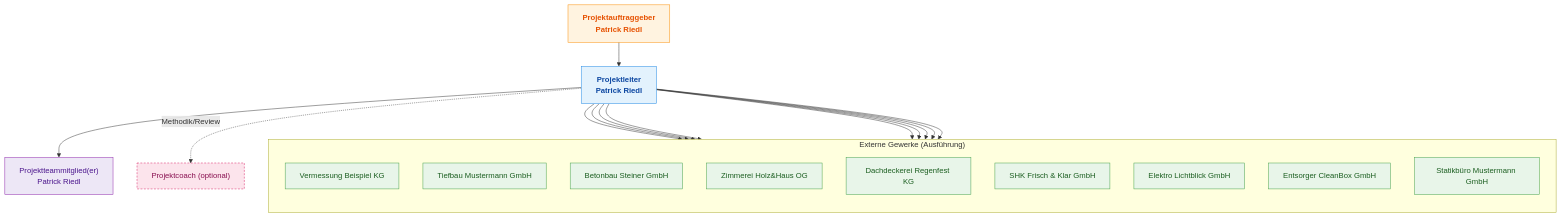
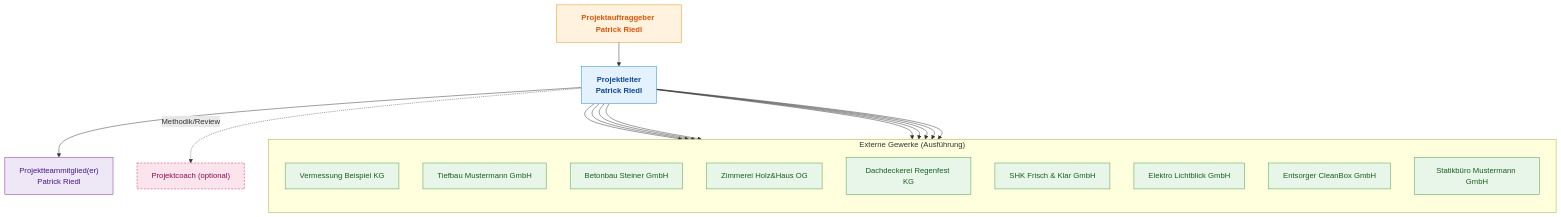
The second of 11 diagrams in Klassen 1-Matura/4.Klasse/ITP2/Projektleiterhandbuch.md (PatrickMagAnime/schulevault), drawn with Mermaid before and after one commit. The commit also changed other lines of this file, not shown here.

Commit message:
vault backup: 2025-10-14 22:53:18

````diff
--- a/Klassen 1-Matura/4.Klasse/ITP2/Projektleiterhandbuch.md
+++ b/Klassen 1-Matura/4.Klasse/ITP2/Projektleiterhandbuch.md
@@ -210,47 +210,47 @@
 ```mermaid
 flowchart TB
   %% Klassen
   classDef ag fill:#fff3e0,stroke:#fb8c00,color:#e65100,font-weight:bold
   classDef pl fill:#e3f2fd,stroke:#1e88e5,color:#0d47a1,font-weight:bold
   classDef team fill:#ede7f6,stroke:#8e24aa,color:#4a148c
   classDef ext fill:#e8f5e9,stroke:#43a047,color:#1b5e20
   classDef coach fill:#fce4ec,stroke:#d81b60,color:#880e4f
 
   %% Kernrollen (Labels in Anführungszeichen + \n)
-  AG["Projektauftraggeber\nPatrick Riedl"]:::ag
+  AG["Projektauftraggeber Patrick Riedl"]:::ag
   PL["Projektleiter\nPatrick Riedl"]:::pl
   TEAM["Projektteammitglied(er)\nPatrick Riedl"]:::team
   CO["Projektcoach (optional)"]:::coach
 
   %% Hierarchie
   AG --> PL --> TEAM
   PL-.Methodik/Review.->CO
 
   %% Externe Gewerke
   subgraph "Externe Gewerke (Ausführung)"
     direction TB
     VER["Vermessung Beispiel KG"]:::ext
     TIEF["Tiefbau Mustermann GmbH"]:::ext
     BET["Betonbau Steiner GmbH"]:::ext
     HOLZ["Zimmerei Holz&Haus OG"]:::ext
     DACH["Dachdeckerei Regenfest KG"]:::ext
     SHK["SHK Frisch & Klar GmbH"]:::ext
     ELEKTRO["Elektro Lichtblick GmbH"]:::ext
     ENT["Entsorger CleanBox GmbH"]:::ext
     STAT["Statikbüro Mustermann GmbH"]:::ext
   end
 
   %% Berichtslinien
   PL --> VER
   PL --> TIEF
   PL --> BET
   PL --> HOLZ
   PL --> DACH
   PL --> SHK
   PL --> ELEKTRO
   PL --> ENT
   PL --> STAT
 
   %% Optional gestrichelt: Coach
   style CO stroke-dasharray:4 3
 ```
````
